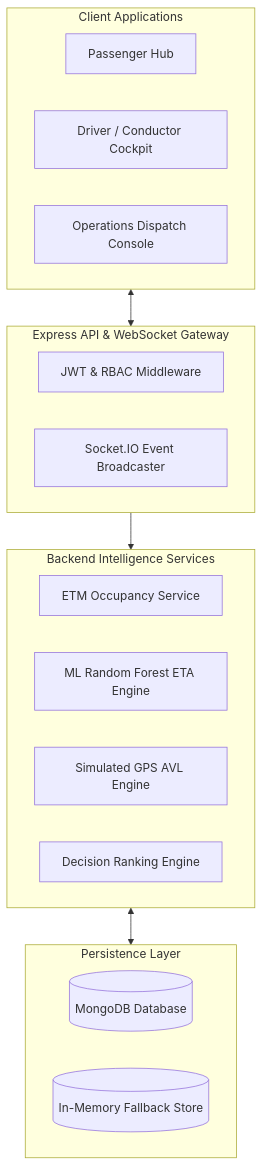
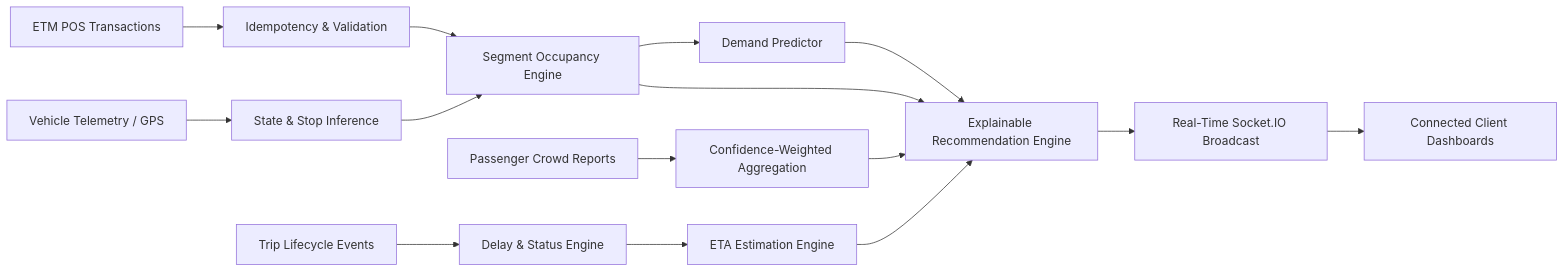
One commit to Manyashree1/TransitmeshAI changed the second of 2 diagrams in README.md. Above: the diagram before and after it, drawn with Mermaid. The commit also changed other lines of this file, not shown here.

````diff
--- a/README.md
+++ b/README.md
@@ -88,29 +134,20 @@
 ```mermaid
-flowchart TD
-    subgraph ClientLayer [Client Applications]
-        P[Passenger Hub]
-        D[Driver / Conductor Cockpit]
-        A[Operations Dispatch Console]
-    end
+flowchart LR
+    A[Vehicle Telemetry / GPS] --> E[State & Stop Inference]
+    B[ETM POS Transactions] --> F[Idempotency & Validation]
+    C[Trip Lifecycle Events] --> G[Delay & Status Engine]
+    D[Passenger Crowd Reports] --> H[Confidence-Weighted Aggregation]
 
-    subgraph Gateway [Express API & WebSocket Gateway]
-        Auth[JWT & RBAC Middleware]
-        Sock[Socket.IO Event Broadcaster]
-    end
+    F --> I[Segment Occupancy Engine]
+    E --> I
+    G --> J[ETA Estimation Engine]
+    I --> K[Demand Predictor]
+    
+    I --> L[Explainable Recommendation Engine]
+    J --> L
+    K --> L
+    H --> L
 
-    subgraph CoreServices [Backend Intelligence Services]
-        ETM[ETM Occupancy Service]
-        ETA[ML Random Forest ETA Engine]
-        AVL[Simulated GPS AVL Engine]
-        Rec[Decision Ranking Engine]
-    end
-
-    subgraph DataStore [Persistence Layer]
-        DB[(MongoDB Database)]
-        Mem[(In-Memory Fallback Store)]
-    end
-
-    ClientLayer <--> Gateway
-    Gateway --> CoreServices
-    CoreServices <--> DataStore
+    L --> M[Real-Time Socket.IO Broadcast]
+    M --> N[Connected Client Dashboards]
 ```
````
